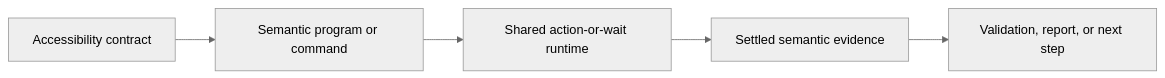
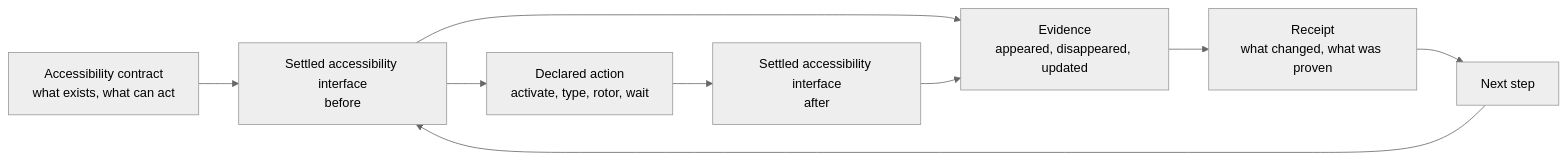
Before and after one commit to RoyalPineapple/TheButtonHeist: the diagram in docs/ACCESSIBILITY-CONTRACT.md, drawn with Mermaid (neutral theme). The commit also changed other lines of this file and 7 other files, not shown here.

````diff
--- a/docs/ACCESSIBILITY-CONTRACT.md
+++ b/docs/ACCESSIBILITY-CONTRACT.md
@@ -13,7 +47,19 @@
 ```mermaid
 flowchart LR
-    Contract["Accessibility contract"] --> Program["Semantic program or command"]
-    Program --> Runtime["Shared action-or-wait runtime"]
-    Runtime --> Evidence["Settled semantic evidence"]
-    Evidence --> Projection["Validation, report, or next step"]
+    Contract["Accessibility contract<br/>what exists, what can act"]
+    Before["Settled accessibility interface<br/>before"]
+    Action["Declared action<br/>activate, type, rotor, wait"]
+    After["Settled accessibility interface<br/>after"]
+    Evidence["Evidence<br/>appeared, disappeared, updated"]
+    Receipt["Receipt<br/>what changed, what was proven"]
+    Next["Next step"]
+
+    Contract --> Before
+    Before --> Action
+    Action --> After
+    Before --> Evidence
+    After --> Evidence
+    Evidence --> Receipt
+    Receipt --> Next
+    Next --> Before
 ```
````
